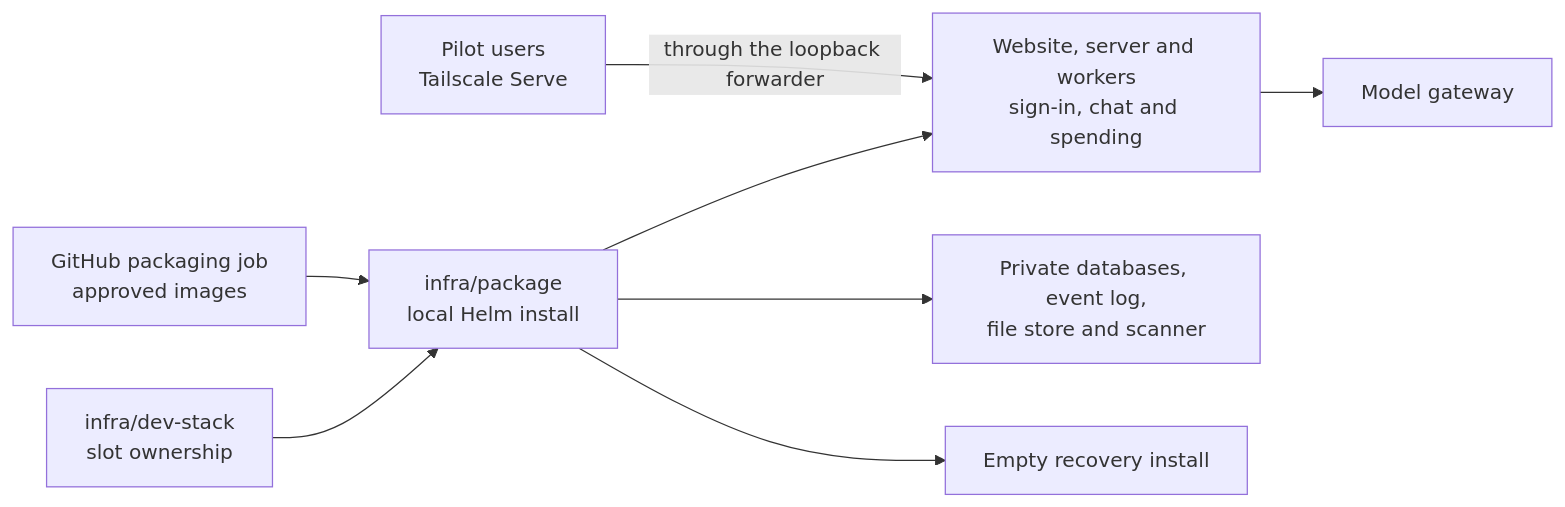
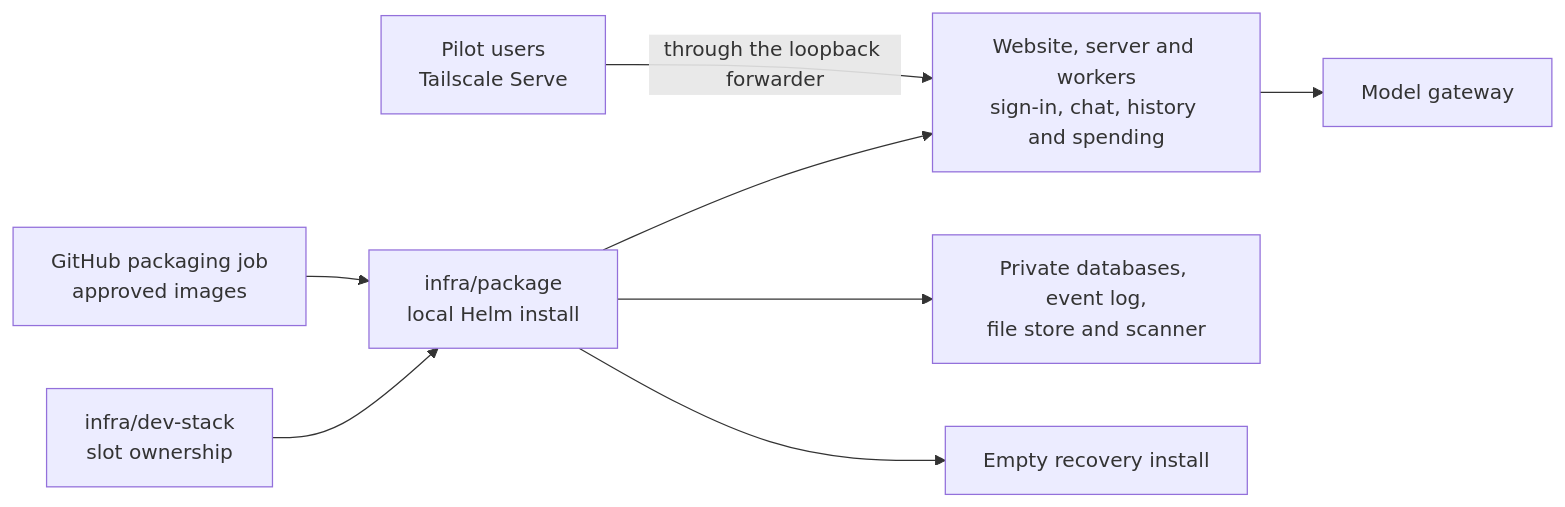
Before and after one commit to elewa-git/opencrane-new: the diagram in infra/package/README.md, drawn with Mermaid. The commit also changed other lines of this file and 21 other files, not shown here.

````diff
--- a/infra/package/README.md
+++ b/infra/package/README.md
@@ -19,10 +19,10 @@
 ```mermaid
 flowchart LR
   stack["infra/dev-stack<br/>slot ownership"] --> package["infra/package<br/>local Helm install"]
   ci["GitHub packaging job<br/>approved images"] --> package
-  package --> apps["Website, server and workers<br/>sign-in, chat and spending"]
+  package --> apps["Website, server and workers<br/>sign-in, chat, history and spending"]
   tailnet["Pilot users<br/>Tailscale Serve"] -->|through the loopback forwarder| apps
   package --> services["Private databases, event log,<br/>file store and scanner"]
   apps --> models["Model gateway"]
   package --> recovery["Empty recovery install"]
 ```
````
